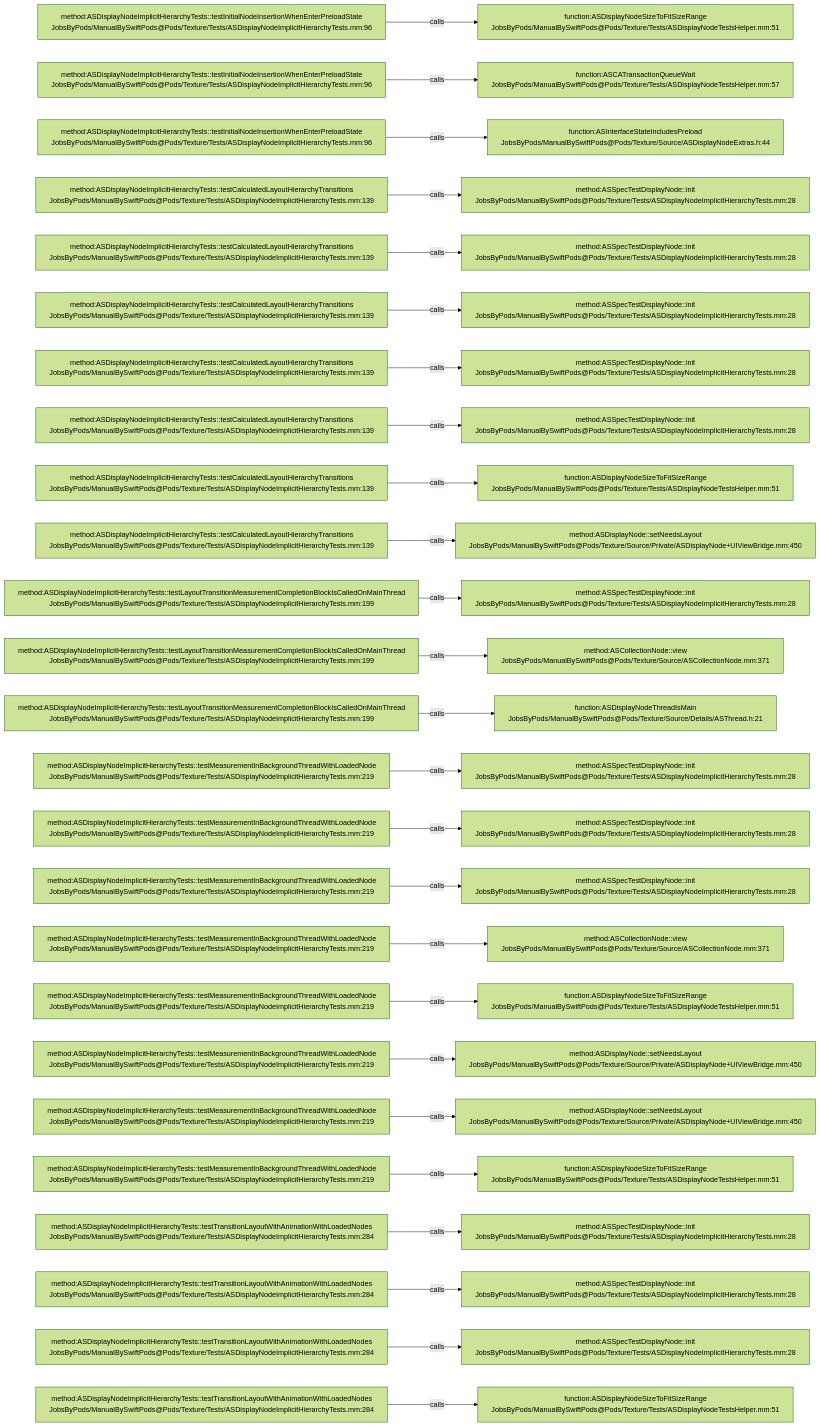
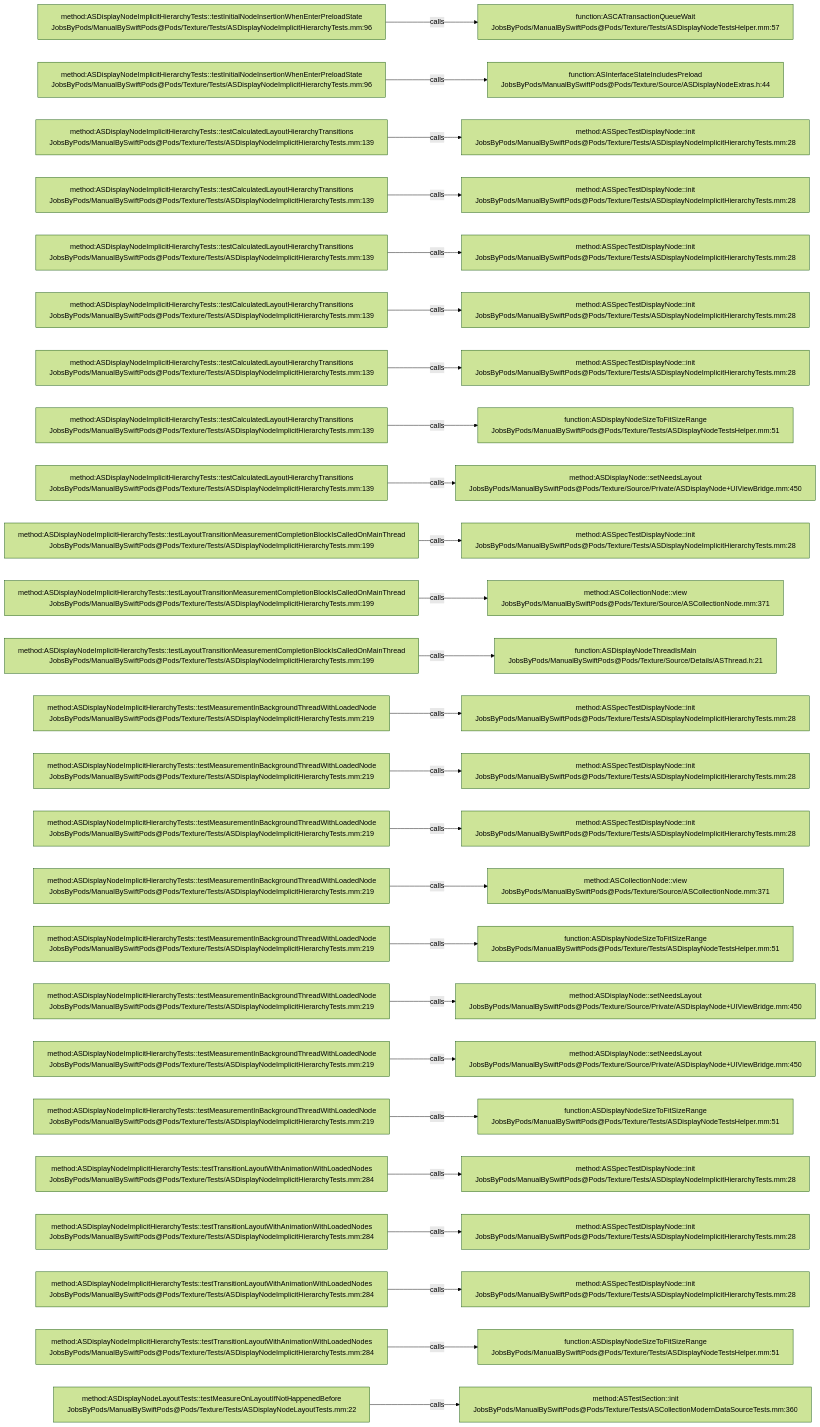
Before and after one commit to JobsKits/JobsSwiftBaseConfigDemo: the diagram in .codegraph/codegraph.md/graphs/calls-184.md, drawn with Mermaid (forest theme). The commit also changed 747 other files, not shown here.

````diff
--- a/.codegraph/codegraph.md/graphs/calls-184.md
+++ b/.codegraph/codegraph.md/graphs/calls-184.md
@@ -13,78 +13,78 @@
 ```mermaid
 flowchart LR
   S1["method:ASDisplayNodeImplicitHierarchyTests::testInitialNodeInsertionWhenEnterPreloadState<br/>JobsByPods/ManualBySwiftPods@Pods/Texture/Tests/ASDisplayNodeImplicitHierarchyTests.mm:96"]
-  T1["function:ASDisplayNodeSizeToFitSizeRange<br/>JobsByPods/ManualBySwiftPods@Pods/Texture/Tests/ASDisplayNodeTestsHelper.mm:51"]
+  T1["function:ASCATransactionQueueWait<br/>JobsByPods/ManualBySwiftPods@Pods/Texture/Tests/ASDisplayNodeTestsHelper.mm:57"]
   S1 -->|calls| T1
   S2["method:ASDisplayNodeImplicitHierarchyTests::testInitialNodeInsertionWhenEnterPreloadState<br/>JobsByPods/ManualBySwiftPods@Pods/Texture/Tests/ASDisplayNodeImplicitHierarchyTests.mm:96"]
-  T2["function:ASCATransactionQueueWait<br/>JobsByPods/ManualBySwiftPods@Pods/Texture/Tests/ASDisplayNodeTestsHelper.mm:57"]
+  T2["function:ASInterfaceStateIncludesPreload<br/>JobsByPods/ManualBySwiftPods@Pods/Texture/Source/ASDisplayNodeExtras.h:44"]
   S2 -->|calls| T2
-  S3["method:ASDisplayNodeImplicitHierarchyTests::testInitialNodeInsertionWhenEnterPreloadState<br/>JobsByPods/ManualBySwiftPods@Pods/Texture/Tests/ASDisplayNodeImplicitHierarchyTests.mm:96"]
-  T3["function:ASInterfaceStateIncludesPreload<br/>JobsByPods/ManualBySwiftPods@Pods/Texture/Source/ASDisplayNodeExtras.h:44"]
+  S3["method:ASDisplayNodeImplicitHierarchyTests::testCalculatedLayoutHierarchyTransitions<br/>JobsByPods/ManualBySwiftPods@Pods/Texture/Tests/ASDisplayNodeImplicitHierarchyTests.mm:139"]
+  T3["method:ASSpecTestDisplayNode::init<br/>JobsByPods/ManualBySwiftPods@Pods/Texture/Tests/ASDisplayNodeImplicitHierarchyTests.mm:28"]
   S3 -->|calls| T3
   S4["method:ASDisplayNodeImplicitHierarchyTests::testCalculatedLayoutHierarchyTransitions<br/>JobsByPods/ManualBySwiftPods@Pods/Texture/Tests/ASDisplayNodeImplicitHierarchyTests.mm:139"]
   T4["method:ASSpecTestDisplayNode::init<br/>JobsByPods/ManualBySwiftPods@Pods/Texture/Tests/ASDisplayNodeImplicitHierarchyTests.mm:28"]
   S4 -->|calls| T4
   S5["method:ASDisplayNodeImplicitHierarchyTests::testCalculatedLayoutHierarchyTransitions<br/>JobsByPods/ManualBySwiftPods@Pods/Texture/Tests/ASDisplayNodeImplicitHierarchyTests.mm:139"]
   T5["method:ASSpecTestDisplayNode::init<br/>JobsByPods/ManualBySwiftPods@Pods/Texture/Tests/ASDisplayNodeImplicitHierarchyTests.mm:28"]
   S5 -->|calls| T5
   S6["method:ASDisplayNodeImplicitHierarchyTests::testCalculatedLayoutHierarchyTransitions<br/>JobsByPods/ManualBySwiftPods@Pods/Texture/Tests/ASDisplayNodeImplicitHierarchyTests.mm:139"]
   T6["method:ASSpecTestDisplayNode::init<br/>JobsByPods/ManualBySwiftPods@Pods/Texture/Tests/ASDisplayNodeImplicitHierarchyTests.mm:28"]
   S6 -->|calls| T6
   S7["method:ASDisplayNodeImplicitHierarchyTests::testCalculatedLayoutHierarchyTransitions<br/>JobsByPods/ManualBySwiftPods@Pods/Texture/Tests/ASDisplayNodeImplicitHierarchyTests.mm:139"]
   T7["method:ASSpecTestDisplayNode::init<br/>JobsByPods/ManualBySwiftPods@Pods/Texture/Tests/ASDisplayNodeImplicitHierarchyTests.mm:28"]
   S7 -->|calls| T7
   S8["method:ASDisplayNodeImplicitHierarchyTests::testCalculatedLayoutHierarchyTransitions<br/>JobsByPods/ManualBySwiftPods@Pods/Texture/Tests/ASDisplayNodeImplicitHierarchyTests.mm:139"]
-  T8["method:ASSpecTestDisplayNode::init<br/>JobsByPods/ManualBySwiftPods@Pods/Texture/Tests/ASDisplayNodeImplicitHierarchyTests.mm:28"]
+  T8["function:ASDisplayNodeSizeToFitSizeRange<br/>JobsByPods/ManualBySwiftPods@Pods/Texture/Tests/ASDisplayNodeTestsHelper.mm:51"]
   S8 -->|calls| T8
   S9["method:ASDisplayNodeImplicitHierarchyTests::testCalculatedLayoutHierarchyTransitions<br/>JobsByPods/ManualBySwiftPods@Pods/Texture/Tests/ASDisplayNodeImplicitHierarchyTests.mm:139"]
-  T9["function:ASDisplayNodeSizeToFitSizeRange<br/>JobsByPods/ManualBySwiftPods@Pods/Texture/Tests/ASDisplayNodeTestsHelper.mm:51"]
+  T9["method:ASDisplayNode::setNeedsLayout<br/>JobsByPods/ManualBySwiftPods@Pods/Texture/Source/Private/ASDisplayNode+UIViewBridge.mm:450"]
   S9 -->|calls| T9
-  S10["method:ASDisplayNodeImplicitHierarchyTests::testCalculatedLayoutHierarchyTransitions<br/>JobsByPods/ManualBySwiftPods@Pods/Texture/Tests/ASDisplayNodeImplicitHierarchyTests.mm:139"]
-  T10["method:ASDisplayNode::setNeedsLayout<br/>JobsByPods/ManualBySwiftPods@Pods/Texture/Source/Private/ASDisplayNode+UIViewBridge.mm:450"]
+  S10["method:ASDisplayNodeImplicitHierarchyTests::testLayoutTransitionMeasurementCompletionBlockIsCalledOnMainThread<br/>JobsByPods/ManualBySwiftPods@Pods/Texture/Tests/ASDisplayNodeImplicitHierarchyTests.mm:199"]
+  T10["method:ASSpecTestDisplayNode::init<br/>JobsByPods/ManualBySwiftPods@Pods/Texture/Tests/ASDisplayNodeImplicitHierarchyTests.mm:28"]
   S10 -->|calls| T10
   S11["method:ASDisplayNodeImplicitHierarchyTests::testLayoutTransitionMeasurementCompletionBlockIsCalledOnMainThread<br/>JobsByPods/ManualBySwiftPods@Pods/Texture/Tests/ASDisplayNodeImplicitHierarchyTests.mm:199"]
-  T11["method:ASSpecTestDisplayNode::init<br/>JobsByPods/ManualBySwiftPods@Pods/Texture/Tests/ASDisplayNodeImplicitHierarchyTests.mm:28"]
+  T11["method:ASCollectionNode::view<br/>JobsByPods/ManualBySwiftPods@Pods/Texture/Source/ASCollectionNode.mm:371"]
   S11 -->|calls| T11
   S12["method:ASDisplayNodeImplicitHierarchyTests::testLayoutTransitionMeasurementCompletionBlockIsCalledOnMainThread<br/>JobsByPods/ManualBySwiftPods@Pods/Texture/Tests/ASDisplayNodeImplicitHierarchyTests.mm:199"]
-  T12["method:ASCollectionNode::view<br/>JobsByPods/ManualBySwiftPods@Pods/Texture/Source/ASCollectionNode.mm:371"]
+  T12["function:ASDisplayNodeThreadIsMain<br/>JobsByPods/ManualBySwiftPods@Pods/Texture/Source/Details/ASThread.h:21"]
   S12 -->|calls| T12
-  S13["method:ASDisplayNodeImplicitHierarchyTests::testLayoutTransitionMeasurementCompletionBlockIsCalledOnMainThread<br/>JobsByPods/ManualBySwiftPods@Pods/Texture/Tests/ASDisplayNodeImplicitHierarchyTests.mm:199"]
-  T13["function:ASDisplayNodeThreadIsMain<br/>JobsByPods/ManualBySwiftPods@Pods/Texture/Source/Details/ASThread.h:21"]
+  S13["method:ASDisplayNodeImplicitHierarchyTests::testMeasurementInBackgroundThreadWithLoadedNode<br/>JobsByPods/ManualBySwiftPods@Pods/Texture/Tests/ASDisplayNodeImplicitHierarchyTests.mm:219"]
+  T13["method:ASSpecTestDisplayNode::init<br/>JobsByPods/ManualBySwiftPods@Pods/Texture/Tests/ASDisplayNodeImplicitHierarchyTests.mm:28"]
   S13 -->|calls| T13
   S14["method:ASDisplayNodeImplicitHierarchyTests::testMeasurementInBackgroundThreadWithLoadedNode<br/>JobsByPods/ManualBySwiftPods@Pods/Texture/Tests/ASDisplayNodeImplicitHierarchyTests.mm:219"]
   T14["method:ASSpecTestDisplayNode::init<br/>JobsByPods/ManualBySwiftPods@Pods/Texture/Tests/ASDisplayNodeImplicitHierarchyTests.mm:28"]
   S14 -->|calls| T14
   S15["method:ASDisplayNodeImplicitHierarchyTests::testMeasurementInBackgroundThreadWithLoadedNode<br/>JobsByPods/ManualBySwiftPods@Pods/Texture/Tests/ASDisplayNodeImplicitHierarchyTests.mm:219"]
   T15["method:ASSpecTestDisplayNode::init<br/>JobsByPods/ManualBySwiftPods@Pods/Texture/Tests/ASDisplayNodeImplicitHierarchyTests.mm:28"]
   S15 -->|calls| T15
   S16["method:ASDisplayNodeImplicitHierarchyTests::testMeasurementInBackgroundThreadWithLoadedNode<br/>JobsByPods/ManualBySwiftPods@Pods/Texture/Tests/ASDisplayNodeImplicitHierarchyTests.mm:219"]
-  T16["method:ASSpecTestDisplayNode::init<br/>JobsByPods/ManualBySwiftPods@Pods/Texture/Tests/ASDisplayNodeImplicitHierarchyTests.mm:28"]
+  T16["method:ASCollectionNode::view<br/>JobsByPods/ManualBySwiftPods@Pods/Texture/Source/ASCollectionNode.mm:371"]
   S16 -->|calls| T16
   S17["method:ASDisplayNodeImplicitHierarchyTests::testMeasurementInBackgroundThreadWithLoadedNode<br/>JobsByPods/ManualBySwiftPods@Pods/Texture/Tests/ASDisplayNodeImplicitHierarchyTests.mm:219"]
-  T17["method:ASCollectionNode::view<br/>JobsByPods/ManualBySwiftPods@Pods/Texture/Source/ASCollectionNode.mm:371"]
+  T17["function:ASDisplayNodeSizeToFitSizeRange<br/>JobsByPods/ManualBySwiftPods@Pods/Texture/Tests/ASDisplayNodeTestsHelper.mm:51"]
   S17 -->|calls| T17
   S18["method:ASDisplayNodeImplicitHierarchyTests::testMeasurementInBackgroundThreadWithLoadedNode<br/>JobsByPods/ManualBySwiftPods@Pods/Texture/Tests/ASDisplayNodeImplicitHierarchyTests.mm:219"]
-  T18["function:ASDisplayNodeSizeToFitSizeRange<br/>JobsByPods/ManualBySwiftPods@Pods/Texture/Tests/ASDisplayNodeTestsHelper.mm:51"]
+  T18["method:ASDisplayNode::setNeedsLayout<br/>JobsByPods/ManualBySwiftPods@Pods/Texture/Source/Private/ASDisplayNode+UIViewBridge.mm:450"]
   S18 -->|calls| T18
   S19["method:ASDisplayNodeImplicitHierarchyTests::testMeasurementInBackgroundThreadWithLoadedNode<br/>JobsByPods/ManualBySwiftPods@Pods/Texture/Tests/ASDisplayNodeImplicitHierarchyTests.mm:219"]
   T19["method:ASDisplayNode::setNeedsLayout<br/>JobsByPods/ManualBySwiftPods@Pods/Texture/Source/Private/ASDisplayNode+UIViewBridge.mm:450"]
   S19 -->|calls| T19
   S20["method:ASDisplayNodeImplicitHierarchyTests::testMeasurementInBackgroundThreadWithLoadedNode<br/>JobsByPods/ManualBySwiftPods@Pods/Texture/Tests/ASDisplayNodeImplicitHierarchyTests.mm:219"]
-  T20["method:ASDisplayNode::setNeedsLayout<br/>JobsByPods/ManualBySwiftPods@Pods/Texture/Source/Private/ASDisplayNode+UIViewBridge.mm:450"]
+  T20["function:ASDisplayNodeSizeToFitSizeRange<br/>JobsByPods/ManualBySwiftPods@Pods/Texture/Tests/ASDisplayNodeTestsHelper.mm:51"]
   S20 -->|calls| T20
-  S21["method:ASDisplayNodeImplicitHierarchyTests::testMeasurementInBackgroundThreadWithLoadedNode<br/>JobsByPods/ManualBySwiftPods@Pods/Texture/Tests/ASDisplayNodeImplicitHierarchyTests.mm:219"]
-  T21["function:ASDisplayNodeSizeToFitSizeRange<br/>JobsByPods/ManualBySwiftPods@Pods/Texture/Tests/ASDisplayNodeTestsHelper.mm:51"]
+  S21["method:ASDisplayNodeImplicitHierarchyTests::testTransitionLayoutWithAnimationWithLoadedNodes<br/>JobsByPods/ManualBySwiftPods@Pods/Texture/Tests/ASDisplayNodeImplicitHierarchyTests.mm:284"]
+  T21["method:ASSpecTestDisplayNode::init<br/>JobsByPods/ManualBySwiftPods@Pods/Texture/Tests/ASDisplayNodeImplicitHierarchyTests.mm:28"]
   S21 -->|calls| T21
   S22["method:ASDisplayNodeImplicitHierarchyTests::testTransitionLayoutWithAnimationWithLoadedNodes<br/>JobsByPods/ManualBySwiftPods@Pods/Texture/Tests/ASDisplayNodeImplicitHierarchyTests.mm:284"]
   T22["method:ASSpecTestDisplayNode::init<br/>JobsByPods/ManualBySwiftPods@Pods/Texture/Tests/ASDisplayNodeImplicitHierarchyTests.mm:28"]
   S22 -->|calls| T22
   S23["method:ASDisplayNodeImplicitHierarchyTests::testTransitionLayoutWithAnimationWithLoadedNodes<br/>JobsByPods/ManualBySwiftPods@Pods/Texture/Tests/ASDisplayNodeImplicitHierarchyTests.mm:284"]
   T23["method:ASSpecTestDisplayNode::init<br/>JobsByPods/ManualBySwiftPods@Pods/Texture/Tests/ASDisplayNodeImplicitHierarchyTests.mm:28"]
   S23 -->|calls| T23
   S24["method:ASDisplayNodeImplicitHierarchyTests::testTransitionLayoutWithAnimationWithLoadedNodes<br/>JobsByPods/ManualBySwiftPods@Pods/Texture/Tests/ASDisplayNodeImplicitHierarchyTests.mm:284"]
-  T24["method:ASSpecTestDisplayNode::init<br/>JobsByPods/ManualBySwiftPods@Pods/Texture/Tests/ASDisplayNodeImplicitHierarchyTests.mm:28"]
+  T24["function:ASDisplayNodeSizeToFitSizeRange<br/>JobsByPods/ManualBySwiftPods@Pods/Texture/Tests/ASDisplayNodeTestsHelper.mm:51"]
   S24 -->|calls| T24
-  S25["method:ASDisplayNodeImplicitHierarchyTests::testTransitionLayoutWithAnimationWithLoadedNodes<br/>JobsByPods/ManualBySwiftPods@Pods/Texture/Tests/ASDisplayNodeImplicitHierarchyTests.mm:284"]
-  T25["function:ASDisplayNodeSizeToFitSizeRange<br/>JobsByPods/ManualBySwiftPods@Pods/Texture/Tests/ASDisplayNodeTestsHelper.mm:51"]
+  S25["method:ASDisplayNodeLayoutTests::testMeasureOnLayoutIfNotHappenedBefore<br/>JobsByPods/ManualBySwiftPods@Pods/Texture/Tests/ASDisplayNodeLayoutTests.mm:22"]
+  T25["method:ASTestSection::init<br/>JobsByPods/ManualBySwiftPods@Pods/Texture/Tests/ASCollectionModernDataSourceTests.mm:360"]
   S25 -->|calls| T25
 ```
````
